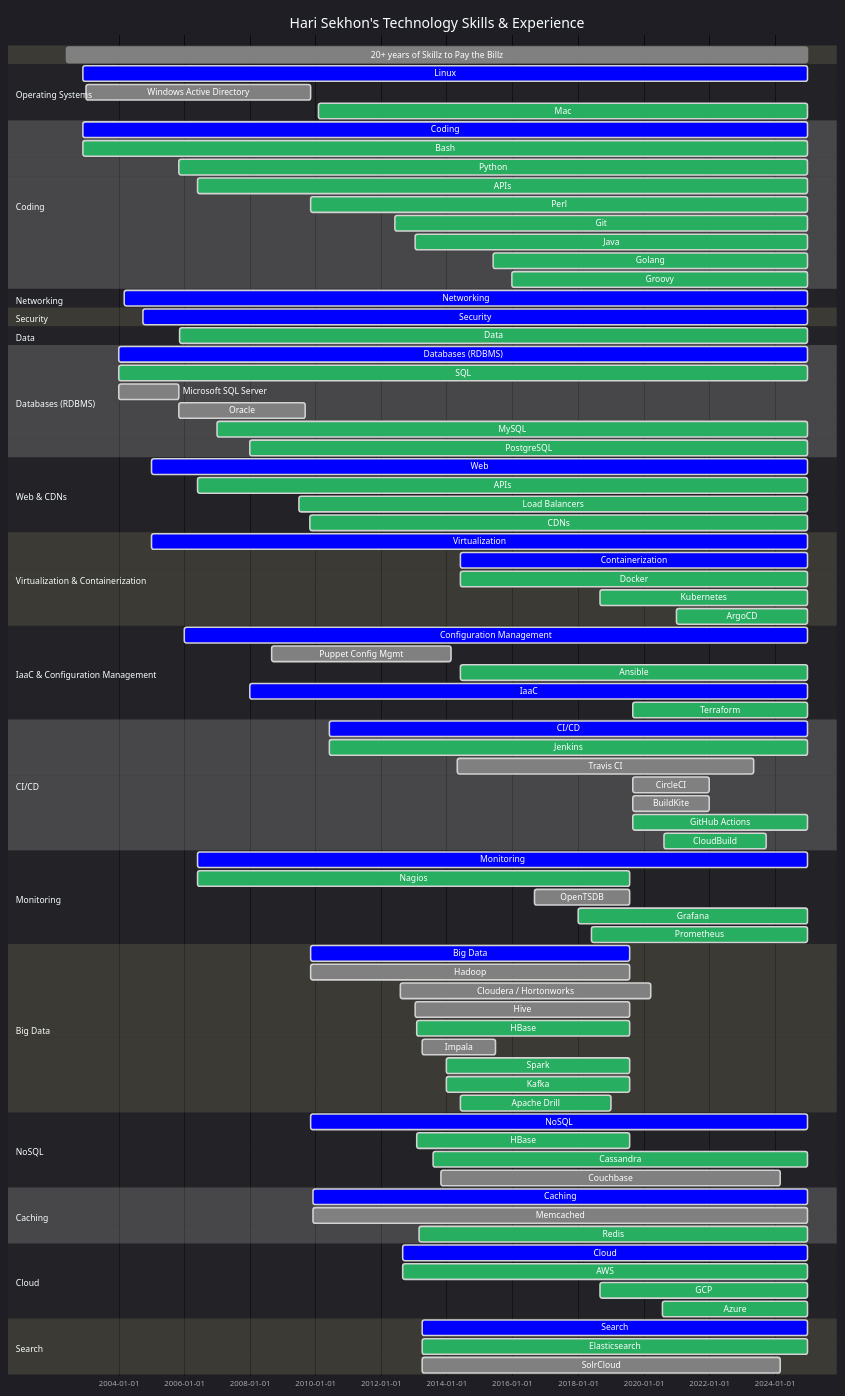
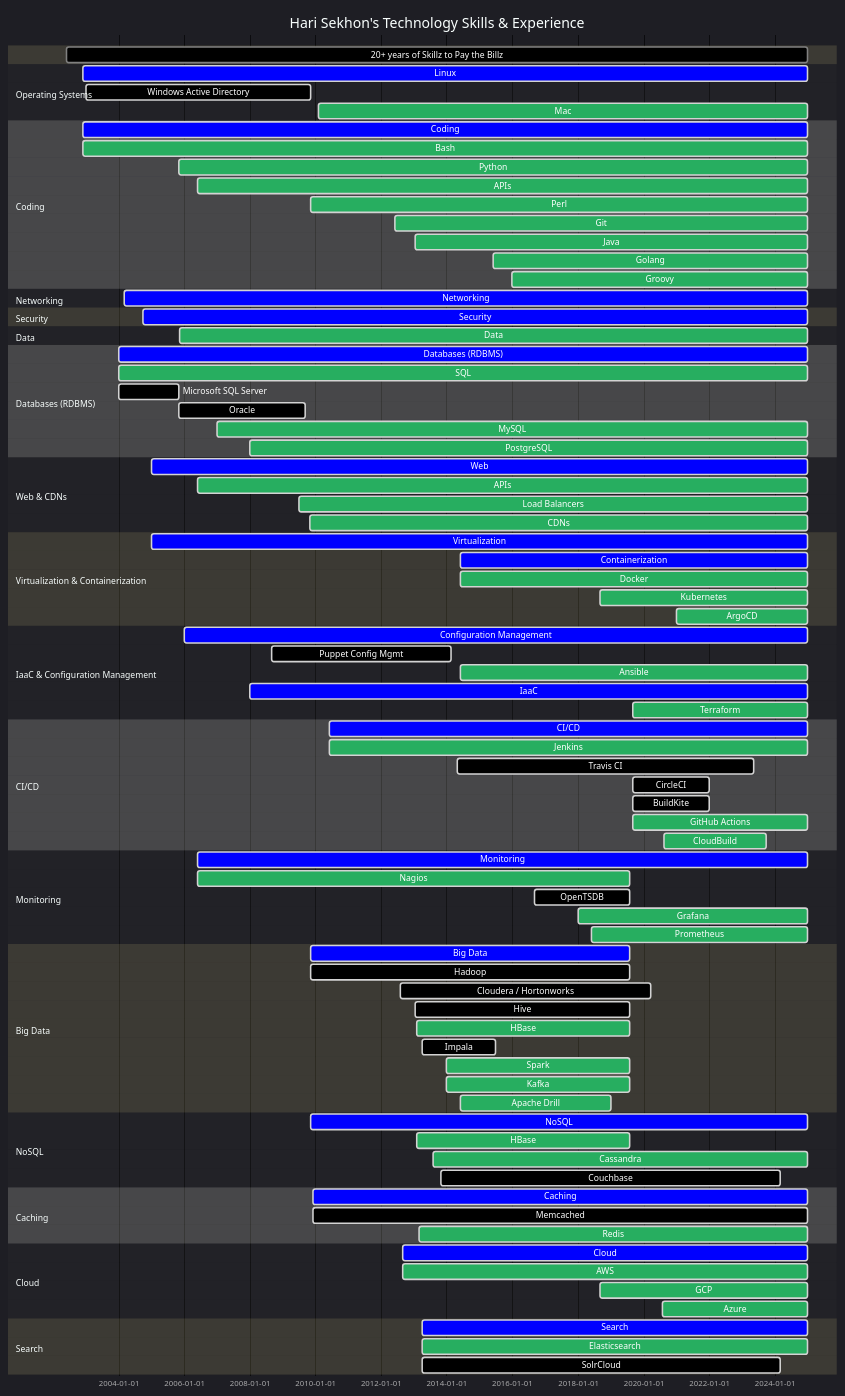
Before and after one commit to HariSekhon/HariSekhon: the diagram in README.md, drawn with Mermaid.

```diff
--- a/README.md
+++ b/README.md
@@ -289,11 +289,11 @@
           'activeTaskBorderColor': 'lightgrey',
           'critBkgColor': 'blue',
           'critBorderColor': 'lightgrey',
-          'doneTaskBkgColor': 'grey',
+          'doneTaskBkgColor': 'black',
           'doneTaskBorderColor': 'lightgrey',
           'excludeBkgColor': '#eeeeee',
           'gridColor': 'lightgrey',
-          'taskBkgColor': 'grey',
+          'taskBkgColor': 'black',
           'taskBorderColor': 'grey',
           'taskTextClickableColor': 'white',
           'taskTextColor': 'white',
```
